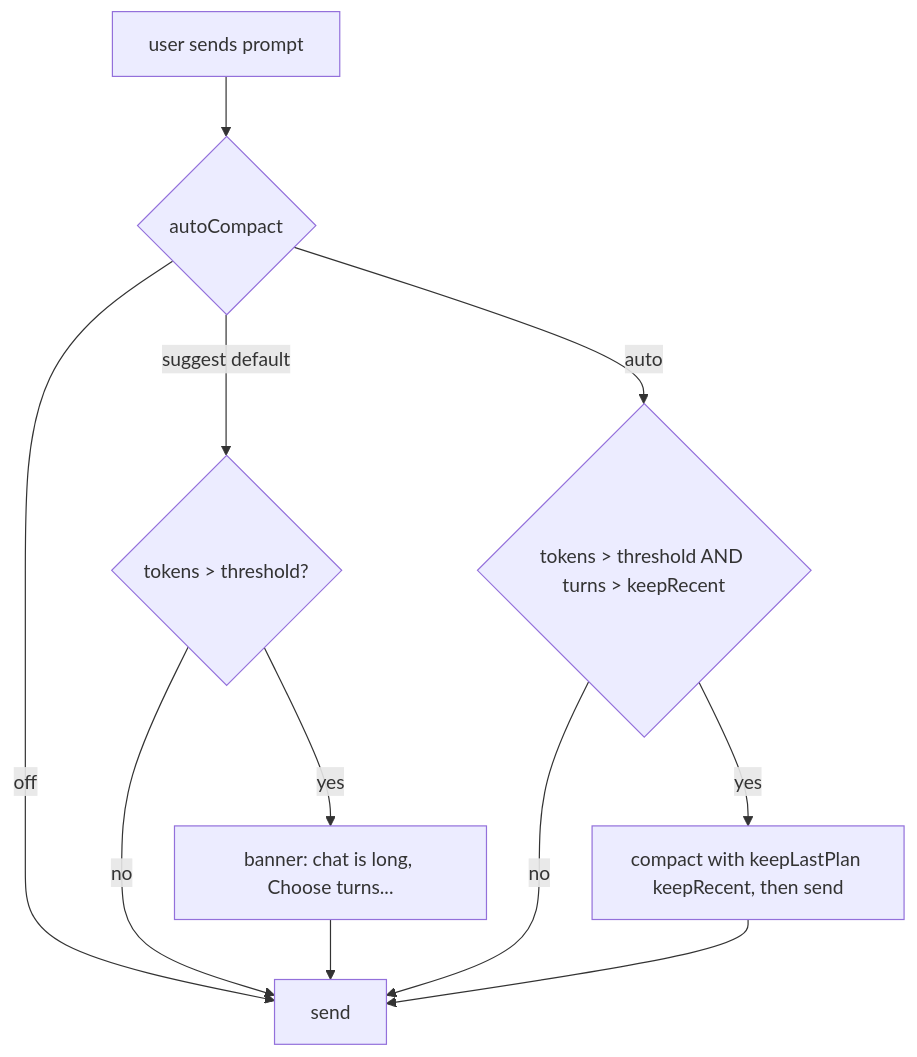
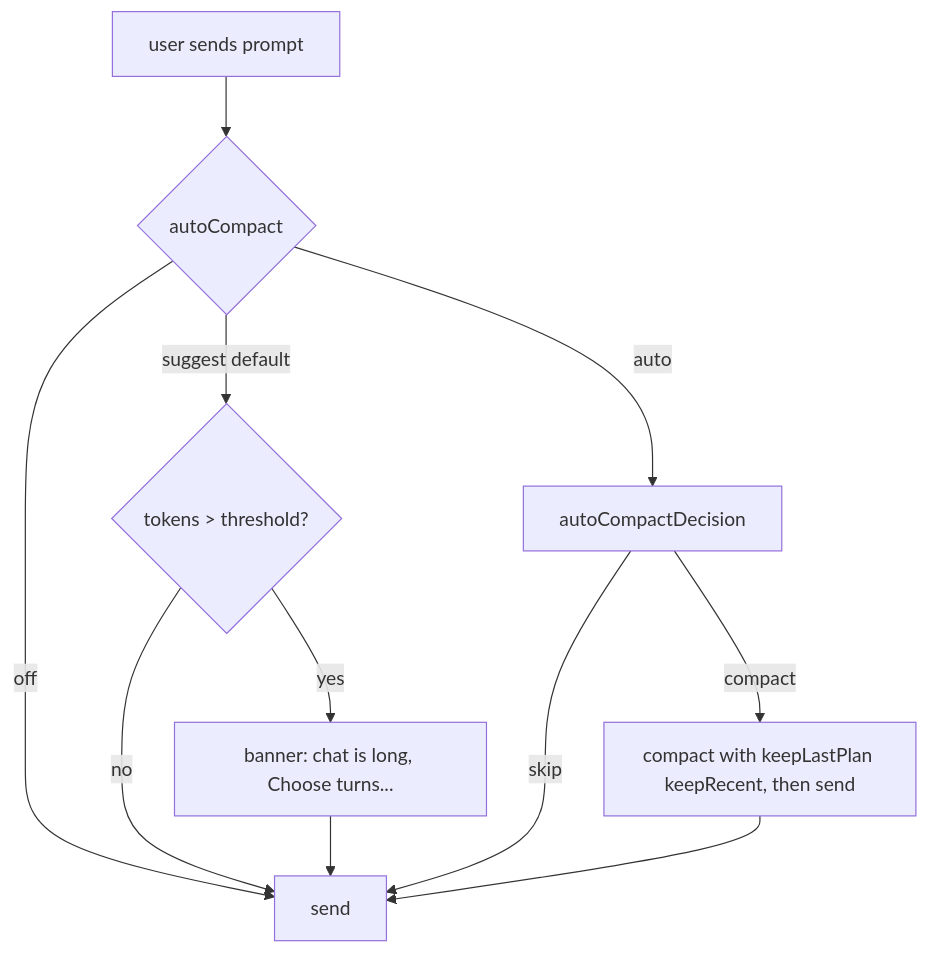
One commit to careychou/aitm-desk changed the second of 2 diagrams in doc/memory-compaction.md. Above: the diagram before and after it, drawn with Mermaid. The commit also changed other lines of this file and 27 other files, not shown here.

First line of the commit message:
feat: model providers (custom + Azure OpenAI), compaction model, cache-aware auto-compact (v0.8.0)

````diff
--- a/doc/memory-compaction.md
+++ b/doc/memory-compaction.md
@@ -158,13 +158,13 @@
 ```mermaid
 flowchart TD
   P[user sends prompt] --> A{autoCompact}
   A -- off --> S[send]
   A -- suggest default --> B{tokens > threshold?}
   B -- yes --> BN[banner: chat is long, Choose turns...]
   B -- no --> S
   BN --> S
-  A -- auto --> C{tokens > threshold AND turns > keepRecent}
-  C -- yes --> K[compact with keepLastPlan keepRecent, then send]
-  C -- no --> S
+  A -- auto --> D[autoCompactDecision]
+  D -- compact --> K[compact with keepLastPlan keepRecent, then send]
+  D -- skip --> S
   K --> S
 ```
````
